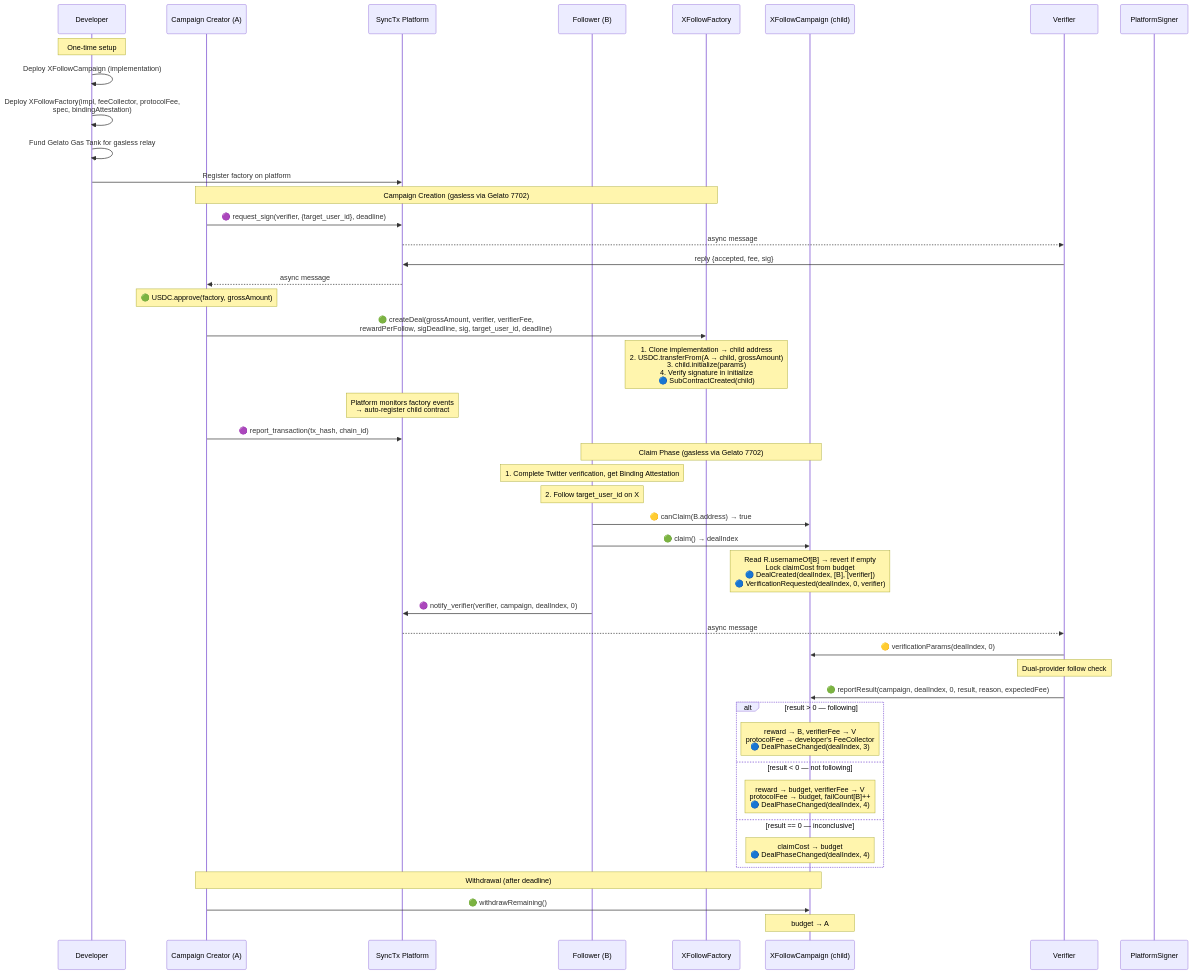
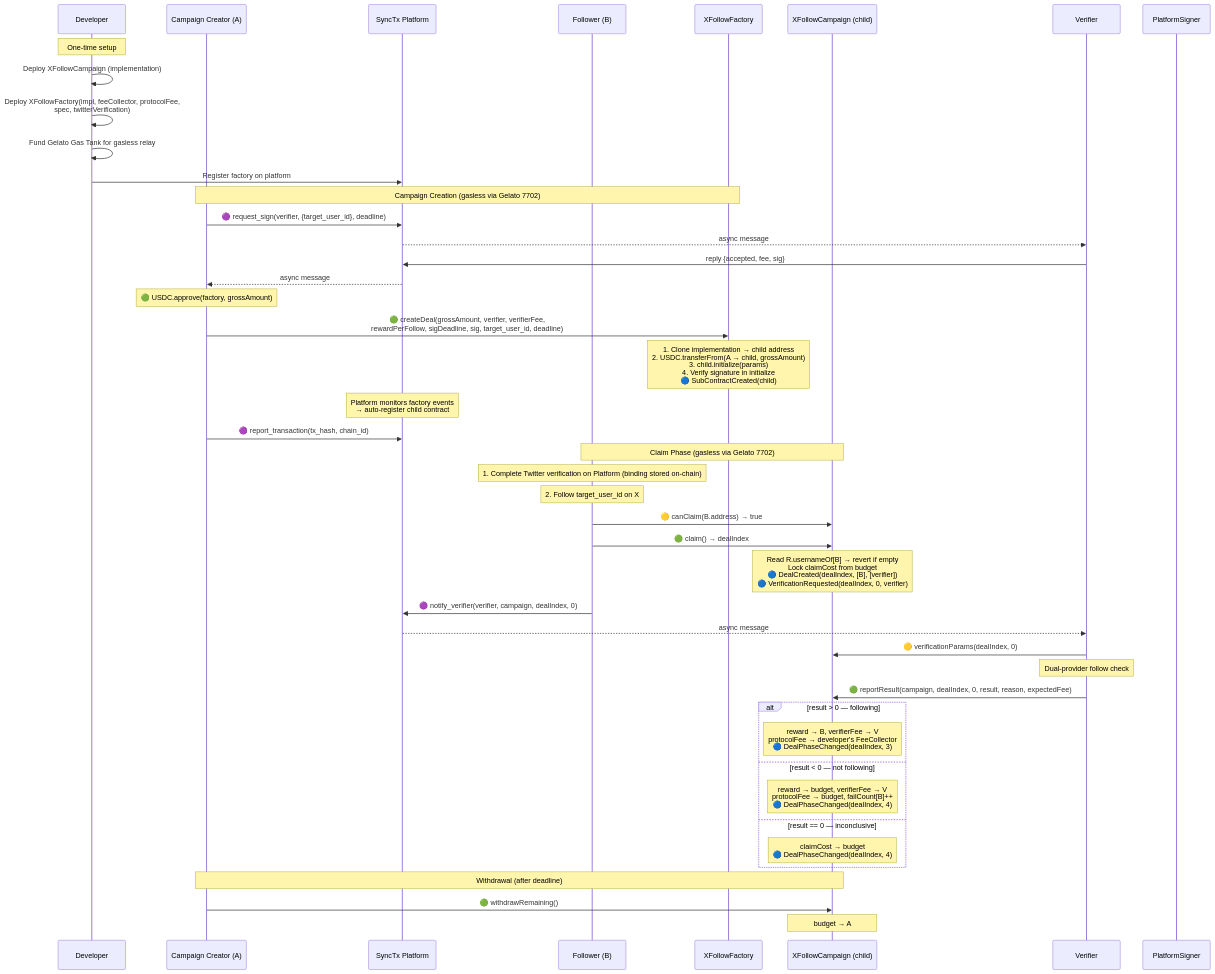
Before and after one commit to synctxai/synctx: the first of 2 diagrams in examples/x-follow/x-follow-design.md, drawn with Mermaid. The commit also changed other lines of this file and 27 other files, not shown here.

First line of the commit message:
feat: privacy-preserving Twitter verification, x-repost contracts, UUPS proxy, and skill updates (#18)

````diff
--- a/examples/x-follow/x-follow-design.md
+++ b/examples/x-follow/x-follow-design.md
@@ -218,58 +218,58 @@
 ```mermaid
 sequenceDiagram
     participant Dev as Developer
     participant A as Campaign Creator (A)
     participant P as SyncTx Platform
     participant B as Follower (B)
     participant Fac as XFollowFactory
     participant C as XFollowCampaign (child)
     participant V as Verifier
     participant PS as PlatformSigner
 
     Note over Dev: One-time setup
     Dev->>Dev: Deploy XFollowCampaign (implementation)
-    Dev->>Dev: Deploy XFollowFactory(impl, feeCollector, protocolFee,<br/>spec, bindingAttestation)
+    Dev->>Dev: Deploy XFollowFactory(impl, feeCollector, protocolFee,<br/>spec, twitterVerification)
     Dev->>Dev: Fund Gelato Gas Tank for gasless relay
     Dev->>P: Register factory on platform
 
     Note over A,Fac: Campaign Creation (gasless via Gelato 7702)
 
     A->>P: 🟣 request_sign(verifier, {target_user_id}, deadline)
     P-->>V: async message
     V->>P: reply {accepted, fee, sig}
     P-->>A: async message
 
     Note over A: 🟢 USDC.approve(factory, grossAmount)
     A->>Fac: 🟢 createDeal(grossAmount, verifier, verifierFee,<br/>rewardPerFollow, sigDeadline, sig, target_user_id, deadline)
     Note over Fac: 1. Clone implementation → child address<br/>2. USDC.transferFrom(A → child, grossAmount)<br/>3. child.initialize(params)<br/>4. Verify signature in initialize<br/>🔵 SubContractCreated(child)
     Note over P: Platform monitors factory events<br/>→ auto-register child contract
     A->>P: 🟣 report_transaction(tx_hash, chain_id)
 
     Note over B,C: Claim Phase (gasless via Gelato 7702)
 
-    Note over B: 1. Complete Twitter verification, get Binding Attestation
+    Note over B: 1. Complete Twitter verification on Platform (binding stored on-chain)
     Note over B: 2. Follow target_user_id on X
     B->>C: 🟡 canClaim(B.address) → true
     B->>C: 🟢 claim() → dealIndex
     Note over C: Read R.usernameOf[B] → revert if empty<br/>Lock claimCost from budget<br/>🔵 DealCreated(dealIndex, [B], [verifier])<br/>🔵 VerificationRequested(dealIndex, 0, verifier)
     B->>P: 🟣 notify_verifier(verifier, campaign, dealIndex, 0)
     P-->>V: async message
 
     V->>C: 🟡 verificationParams(dealIndex, 0)
     Note over V: Dual-provider follow check
 
     V->>C: 🟢 reportResult(campaign, dealIndex, 0, result, reason, expectedFee)
 
     alt result > 0 — following
         Note over C: reward → B, verifierFee → V<br/>protocolFee → developer's FeeCollector<br/>🔵 DealPhaseChanged(dealIndex, 3)
     else result < 0 — not following
         Note over C: reward → budget, verifierFee → V<br/>protocolFee → budget, failCount[B]++<br/>🔵 DealPhaseChanged(dealIndex, 4)
     else result == 0 — inconclusive
         Note over C: claimCost → budget<br/>🔵 DealPhaseChanged(dealIndex, 4)
     end
 
     Note over A,C: Withdrawal (after deadline)
 
     A->>C: 🟢 withdrawRemaining()
     Note over C: budget → A
 ```
````
